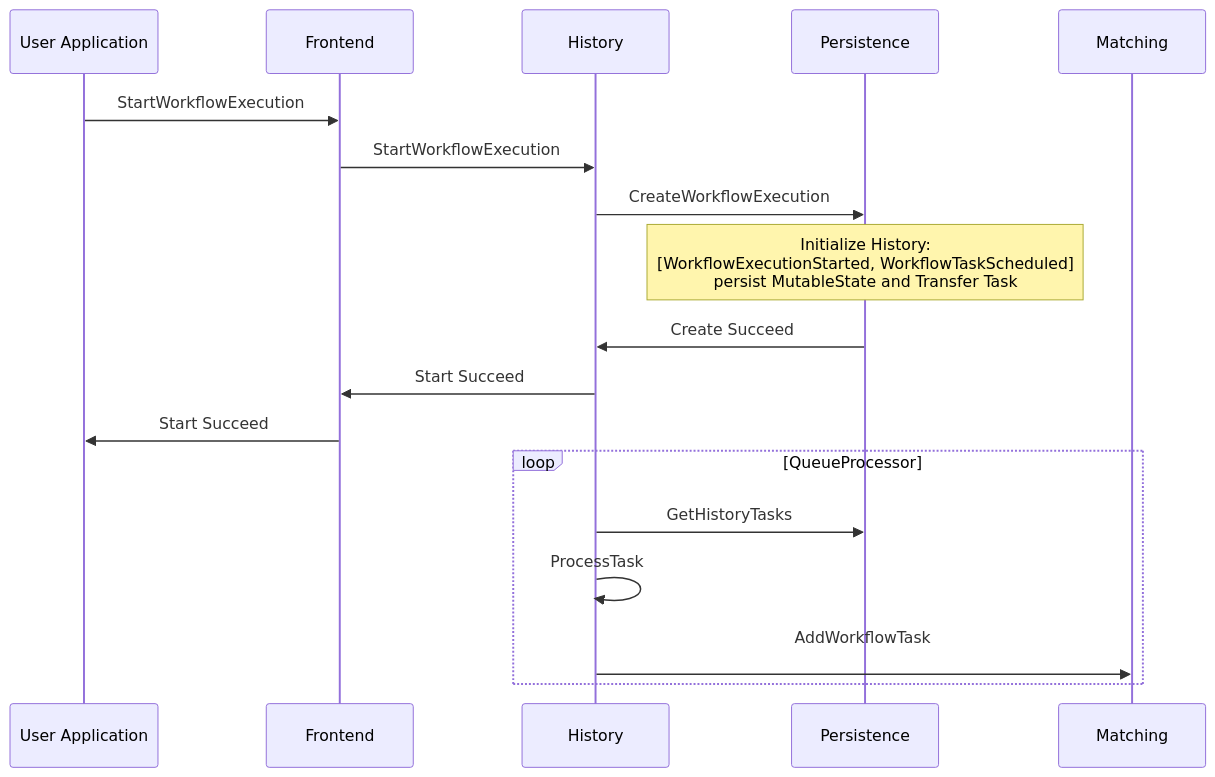
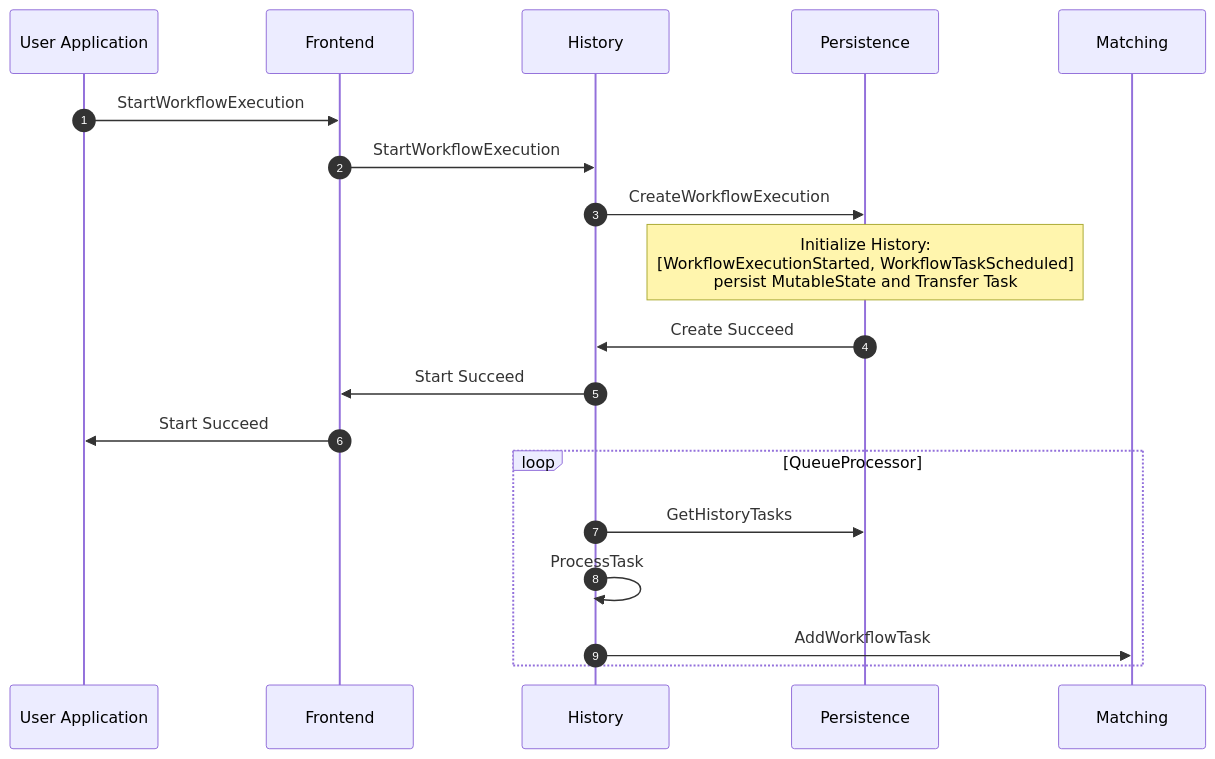
One commit to temporalio/temporal changed the first of 14 diagrams in docs/architecture/workflow-lifecycle.md. Above: the diagram before and after it, drawn with Mermaid.

Commit message:
Update workflow lifecycle mermaid diagram
The mermaid diagram was failing to render. This fixes it.

````diff
--- a/docs/architecture/workflow-lifecycle.md
+++ b/docs/architecture/workflow-lifecycle.md
@@ -24,15 +24,16 @@
 ```mermaid
 sequenceDiagram
-User Application->>Frontend: StartWorkflowExecution
-Frontend->> History: StartWorkflowExecution
-History ->> Persistence: CreateWorkflowExecution
-note over Persistence: Initialize History:<br>[WorkflowExecutionStarted, WorkflowTaskScheduled]<br>persist MutableState and Transfer Task
-Persistence ->> History: Create Succeed
-History->>Frontend: Start Succeed
-Frontend->>User Application: Start Succeed
-loop QueueProcessor
-    History->>Persistence: GetHistoryTasks
-		History->>History: ProcessTask
-		History->>Matching: AddWorkflowTask<br>
-end
+    autonumber
+    User Application->>Frontend: StartWorkflowExecution
+    Frontend->>History: StartWorkflowExecution
+    History->>Persistence: CreateWorkflowExecution
+    Note over Persistence: Initialize History:<br/>[WorkflowExecutionStarted, WorkflowTaskScheduled]<br/>persist MutableState and Transfer Task
+    Persistence->>History: Create Succeed
+    History->>Frontend: Start Succeed
+    Frontend->>User Application: Start Succeed
+    loop QueueProcessor
+        History->>Persistence: GetHistoryTasks
+        History->>History: ProcessTask
+        History->>Matching: AddWorkflowTask
+    end
 ```
````
